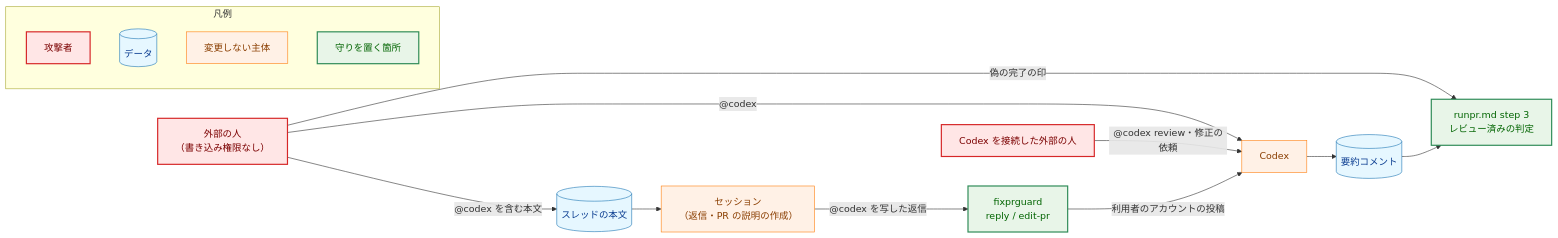
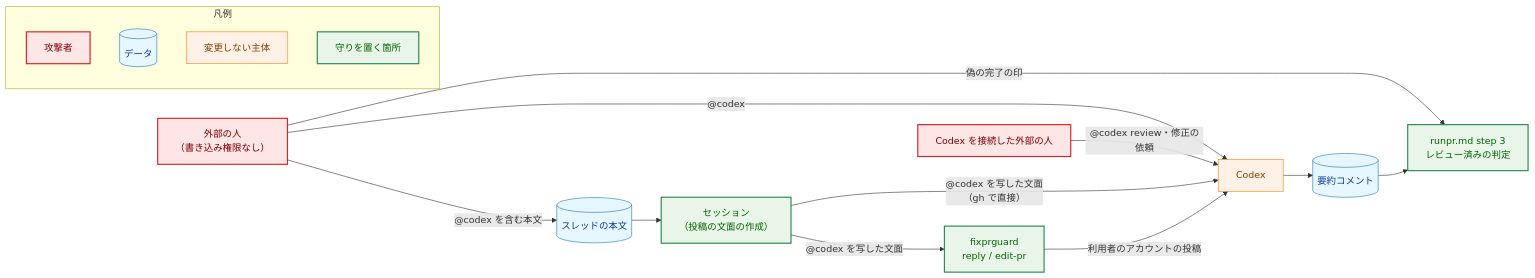
The fifth of 7 diagrams in docs/tasks/0031_codex_pr_review/02_architecture.md (isseis/yt2column), drawn with Mermaid before and after one commit. The commit also changed other lines of this file and 1 other file, not shown here.

````diff
--- a/docs/tasks/0031_codex_pr_review/02_architecture.md
+++ b/docs/tasks/0031_codex_pr_review/02_architecture.md
@@ -480,42 +562,43 @@
 ```mermaid
 flowchart LR
     classDef data fill:#e6f7ff,stroke:#1f77b4,stroke-width:1px,color:#0b3d91;
     classDef process fill:#fff1e6,stroke:#ff7f0e,stroke-width:1px,color:#8a3e00;
     classDef enhanced fill:#e8f5e8,stroke:#2e8b57,stroke-width:2px,color:#006400;
     classDef problem fill:#ffe6e6,stroke:#d62728,stroke-width:2px,color:#7b0000;
 
     OUT["外部の人<br>（書き込み権限なし）"]
     OUTC["Codex を接続した外部の人"]
     THREAD[("スレッドの本文")]
-    SESS["セッション<br>（返信・PR の説明の作成）"]
+    SESS["セッション<br>（投稿の文面の作成）"]
     TOOL["fixprguard<br>reply / edit-pr"]
     CODEX["Codex"]
     SUM[("要約コメント")]
     RUNPR["runpr.md step 3<br>レビュー済みの判定"]
 
     OUT -->|"偽の完了の印"| RUNPR
     OUT -->|"@codex"| CODEX
     OUTC -->|"@codex review・修正の依頼"| CODEX
     OUT -->|"@codex を含む本文"| THREAD
     THREAD --> SESS
-    SESS -->|"@codex を写した返信"| TOOL
+    SESS -->|"@codex を写した文面"| TOOL
+    SESS -->|"@codex を写した文面<br>（gh で直接）"| CODEX
     TOOL -->|"利用者のアカウントの投稿"| CODEX
     CODEX --> SUM
     SUM --> RUNPR
 
     class OUT,OUTC problem
     class THREAD,SUM data
-    class CODEX,SESS process
-    class TOOL,RUNPR enhanced
+    class CODEX process
+    class SESS,TOOL,RUNPR enhanced
 
     subgraph Legend["凡例"]
         LG1["攻撃者"]
         LG2[("データ")]
         LG3["変更しない主体"]
         LG4["守りを置く箇所"]
     end
     class LG1 problem
     class LG2 data
     class LG3 process
     class LG4 enhanced
 ```
````
